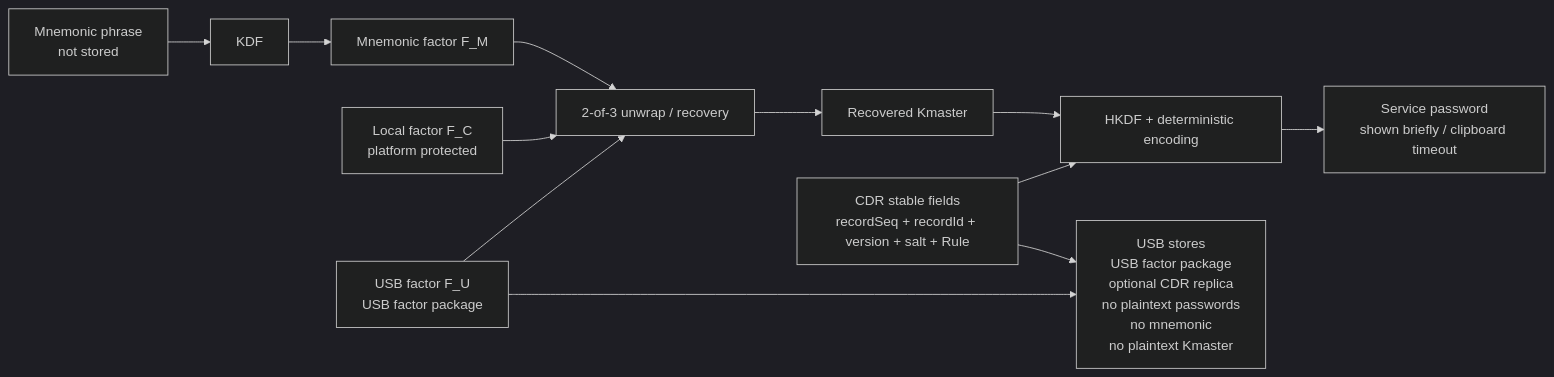
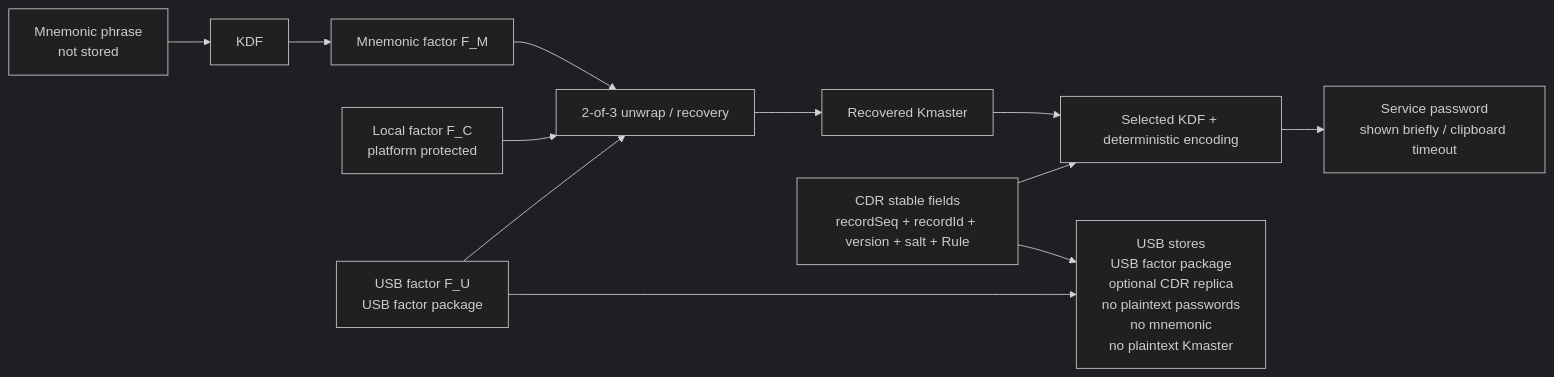
One commit to ferrarif1/KeyLessPass changed the diagram in README.md. Above: the diagram before and after it, drawn with Mermaid (dark theme). The commit also changed other lines of this file and 20 other files, not shown here.

````diff
--- a/README.md
+++ b/README.md
@@ -98,14 +101,14 @@
 ```mermaid
 flowchart LR
     M["Mnemonic phrase<br/>not stored"] --> KDF["KDF"]
     KDF --> FM["Mnemonic factor F_M"]
     FC["Local factor F_C<br/>platform protected"] --> R["2-of-3 unwrap / recovery"]
     FM --> R
     FU["USB factor F_U<br/>USB factor package"] --> R
     R --> KM["Recovered Kmaster"]
-    KM --> D["HKDF + deterministic encoding"]
+    KM --> D["Selected KDF + deterministic encoding"]
     C["CDR stable fields<br/>recordSeq + recordId + version + salt + Rule"] --> D
     D --> P["Service password<br/>shown briefly / clipboard timeout"]
     FU --> U["USB stores<br/>USB factor package<br/>optional CDR replica<br/>no plaintext passwords<br/>no mnemonic<br/>no plaintext Kmaster"]
     C --> U
 ```
````
